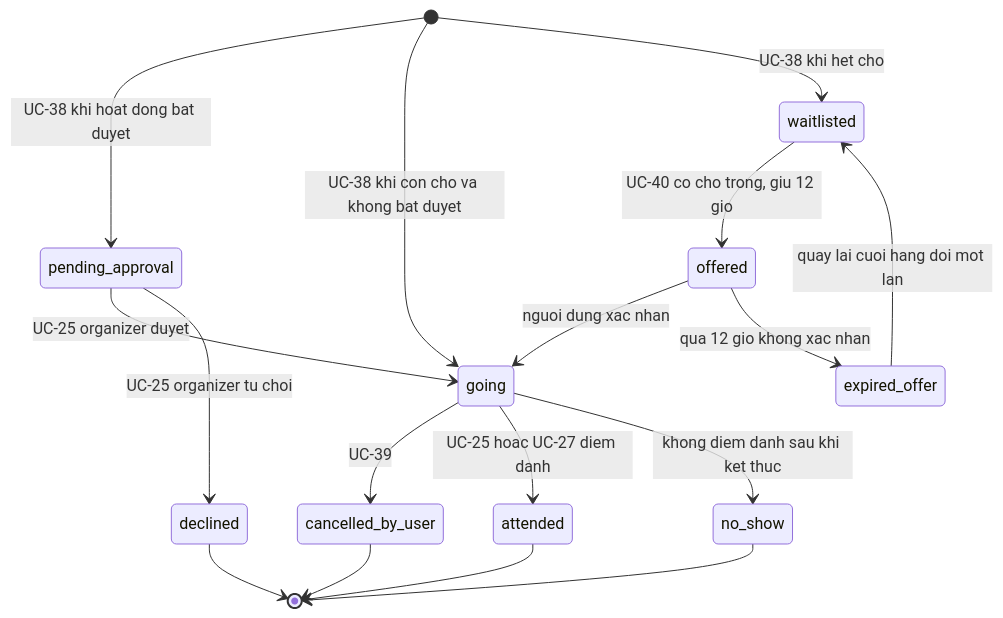
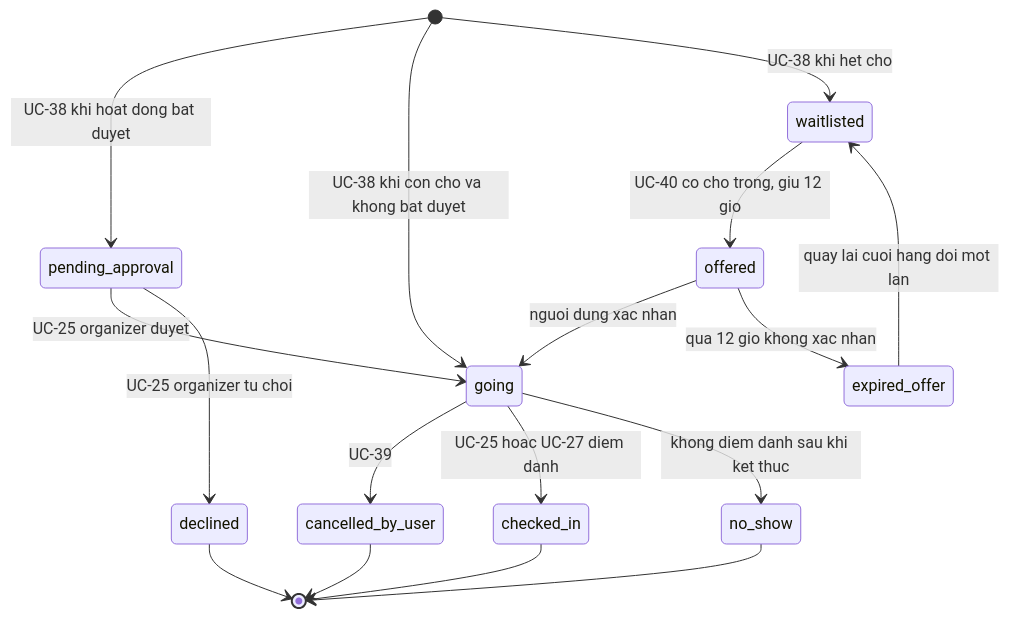
Before and after one commit to DangNH2512/vncare: the eighth of 12 diagrams in docs/analysis/02-use-case.md, drawn with Mermaid. The commit also changed other lines of this file and 110 other files, not shown here.

````diff
--- a/docs/analysis/02-use-case.md
+++ b/docs/analysis/02-use-case.md
@@ -663,19 +664,19 @@
 ```mermaid
 stateDiagram-v2
     [*] --> pending_approval: UC-38 khi hoat dong bat duyet
     [*] --> going: UC-38 khi con cho va khong bat duyet
     [*] --> waitlisted: UC-38 khi het cho
     pending_approval --> going: UC-25 organizer duyet
     pending_approval --> declined: UC-25 organizer tu choi
     waitlisted --> offered: UC-40 co cho trong, giu 12 gio
     offered --> going: nguoi dung xac nhan
     offered --> expired_offer: qua 12 gio khong xac nhan
     expired_offer --> waitlisted: quay lai cuoi hang doi mot lan
     going --> cancelled_by_user: UC-39
-    going --> attended: UC-25 hoac UC-27 diem danh
+    going --> checked_in: UC-25 hoac UC-27 diem danh
     going --> no_show: khong diem danh sau khi ket thuc
     cancelled_by_user --> [*]
-    attended --> [*]
+    checked_in --> [*]
     no_show --> [*]
     declined --> [*]
 ```
````
